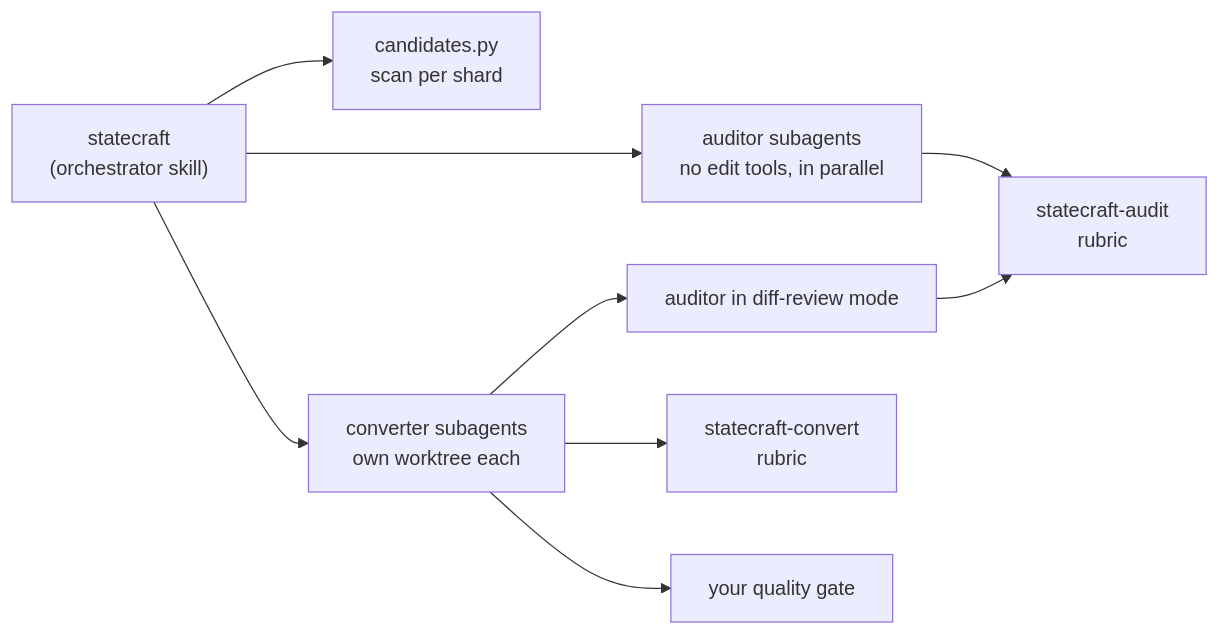
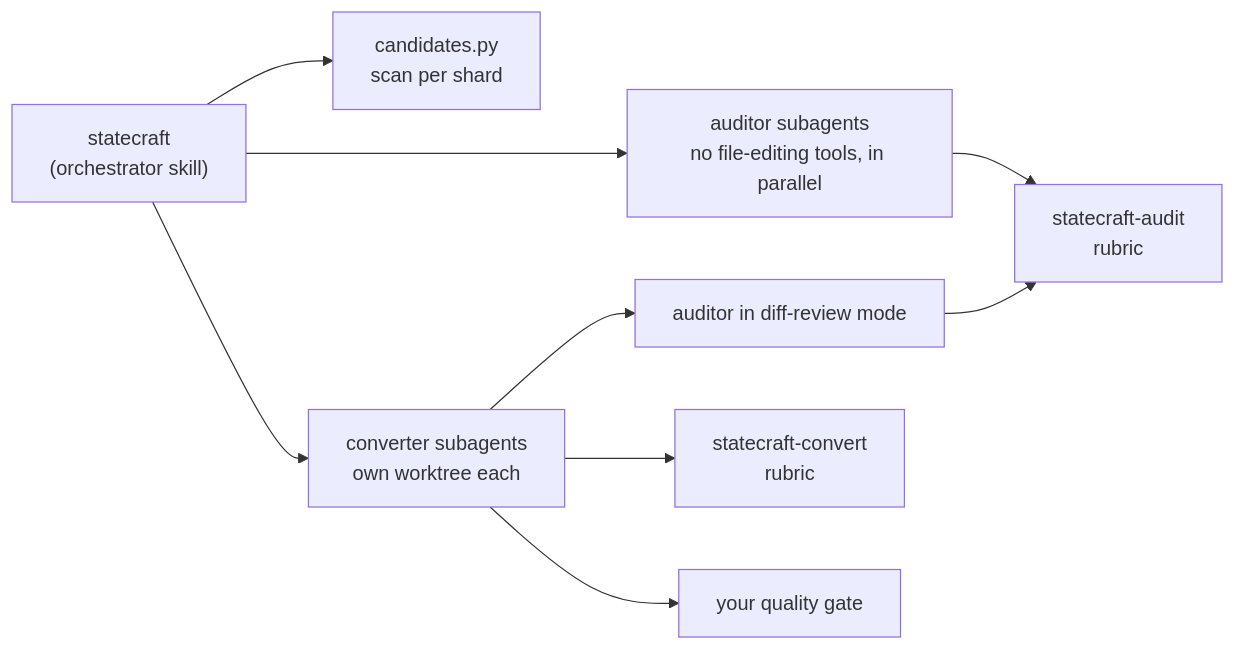
Before and after one commit to rolottr/claude-plugin-statecraft: the diagram in README.md, drawn with Mermaid. The commit also changed other lines of this file and 15 other files, not shown here.

````diff
--- a/README.md
+++ b/README.md
@@ -110,11 +140,11 @@
 ```mermaid
 flowchart LR
   SC["statecraft<br/>(orchestrator skill)"] --> CAND["candidates.py<br/>scan per shard"]
-  SC --> AUD["auditor subagents<br/>no edit tools, in parallel"]
+  SC --> AUD["auditor subagents<br/>no file-editing tools, in parallel"]
   SC --> CONV["converter subagents<br/>own worktree each"]
   CONV --> REV["auditor in diff-review mode"]
   AUD --> RA["statecraft-audit<br/>rubric"]
   REV --> RA
   CONV --> RC["statecraft-convert<br/>rubric"]
   CONV --> GATE["your quality gate"]
 ```
````
